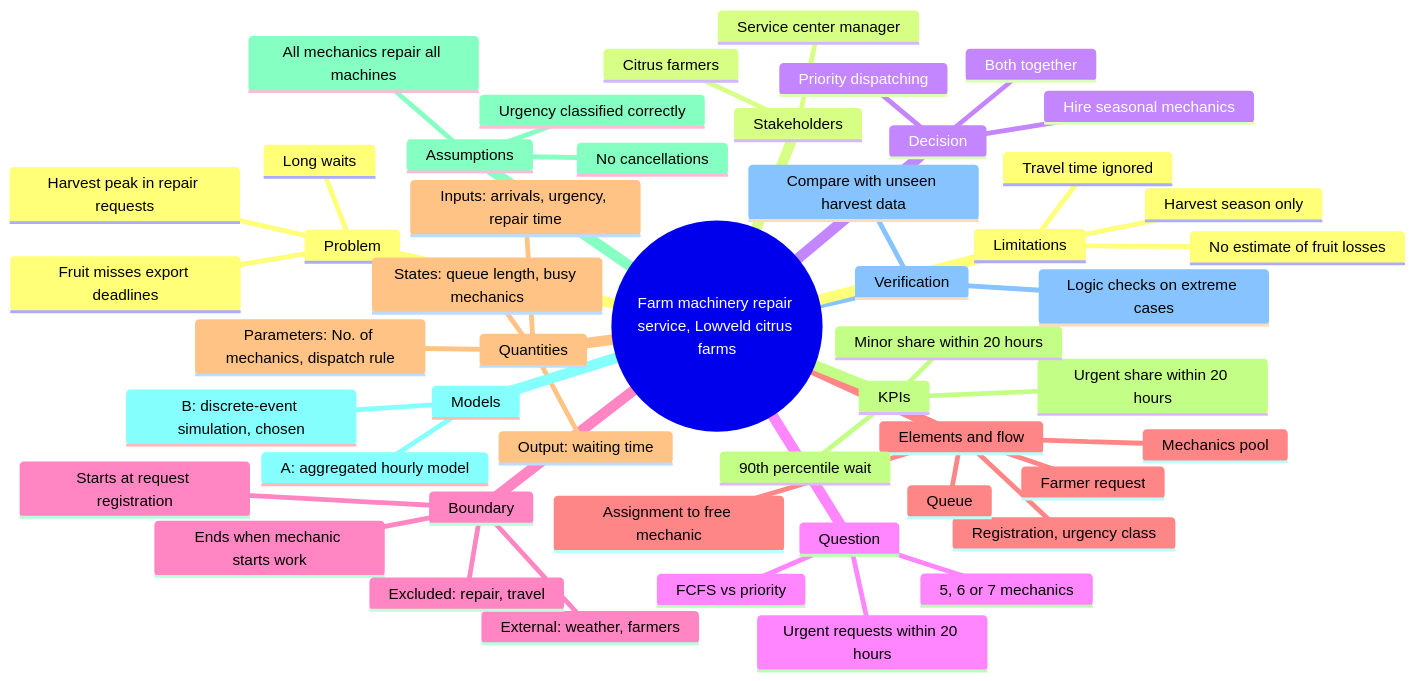
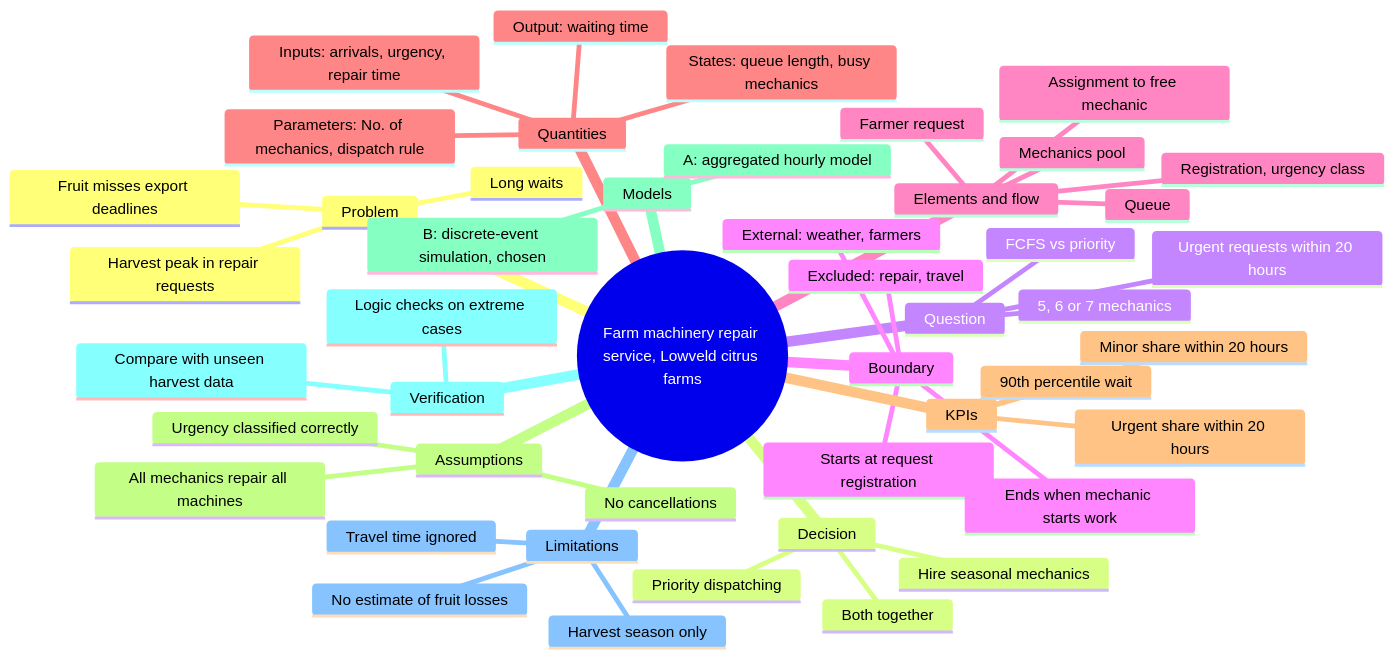
One commit to Timana442/Citrus-Farm-Repair-Model changed the first of 2 diagrams in README.md. Above: the diagram before and after it, drawn with Mermaid.

Commit message:
Remove stakeholders from README
Removed stakeholders section from README.

````diff
--- a/README.md
+++ b/README.md
@@ -5,53 +5,50 @@
 ```mermaid
 mindmap
   root((Farm machinery repair service, Lowveld citrus farms))
     Problem
       Harvest peak in repair requests
       Long waits
       Fruit misses export deadlines
-    Stakeholders
-      Service center manager
-      Citrus farmers
     Decision
       Hire seasonal mechanics
       Priority dispatching
       Both together
     Question
       Urgent requests within 20 hours
       5, 6 or 7 mechanics
       FCFS vs priority
     Boundary
       Starts at request registration
       Ends when mechanic starts work
       External: weather, farmers
       Excluded: repair, travel
     Elements and flow
       Farmer request
       Registration, urgency class
       Queue
       Assignment to free mechanic
       Mechanics pool
     Quantities
       Inputs: arrivals, urgency, repair time
       States: queue length, busy mechanics
       Parameters: No. of mechanics, dispatch rule
       Output: waiting time
     KPIs
       Urgent share within 20 hours
       90th percentile wait
       Minor share within 20 hours
     Assumptions
       All mechanics repair all machines
       Urgency classified correctly
       No cancellations
     Models
       A: aggregated hourly model
       B: discrete-event simulation, chosen
     Verification
       Logic checks on extreme cases
       Compare with unseen harvest data
     Limitations
       No estimate of fruit losses
       Harvest season only
       Travel time ignored
 ```
````
